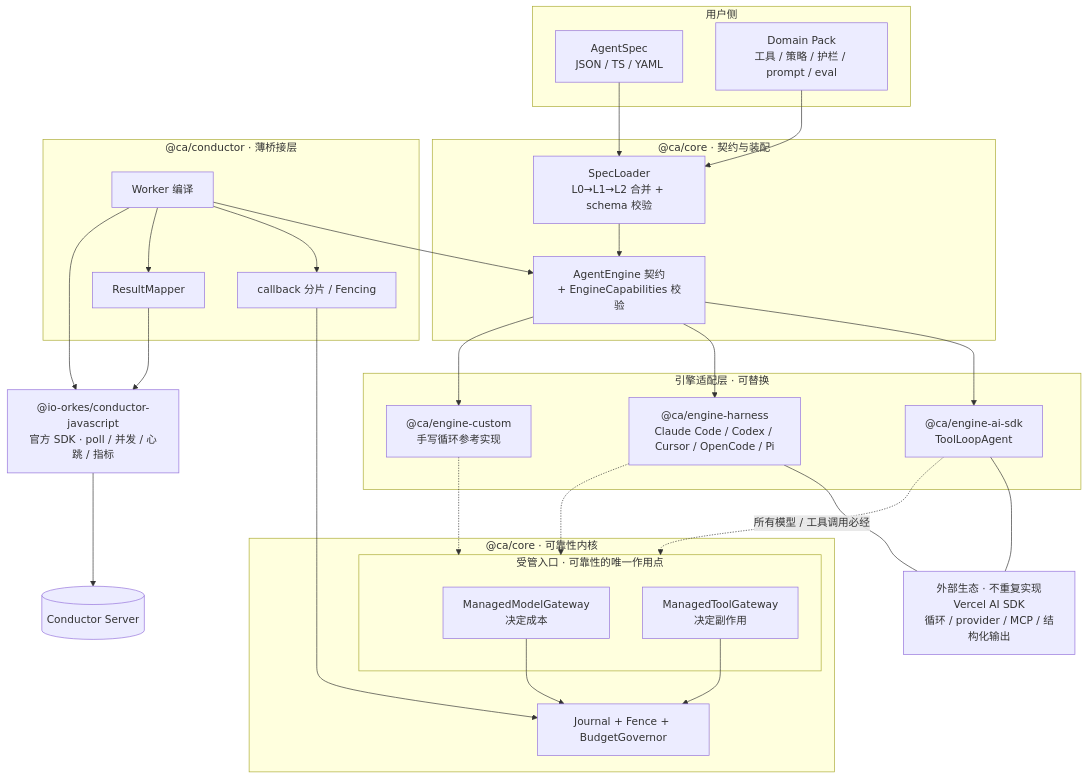
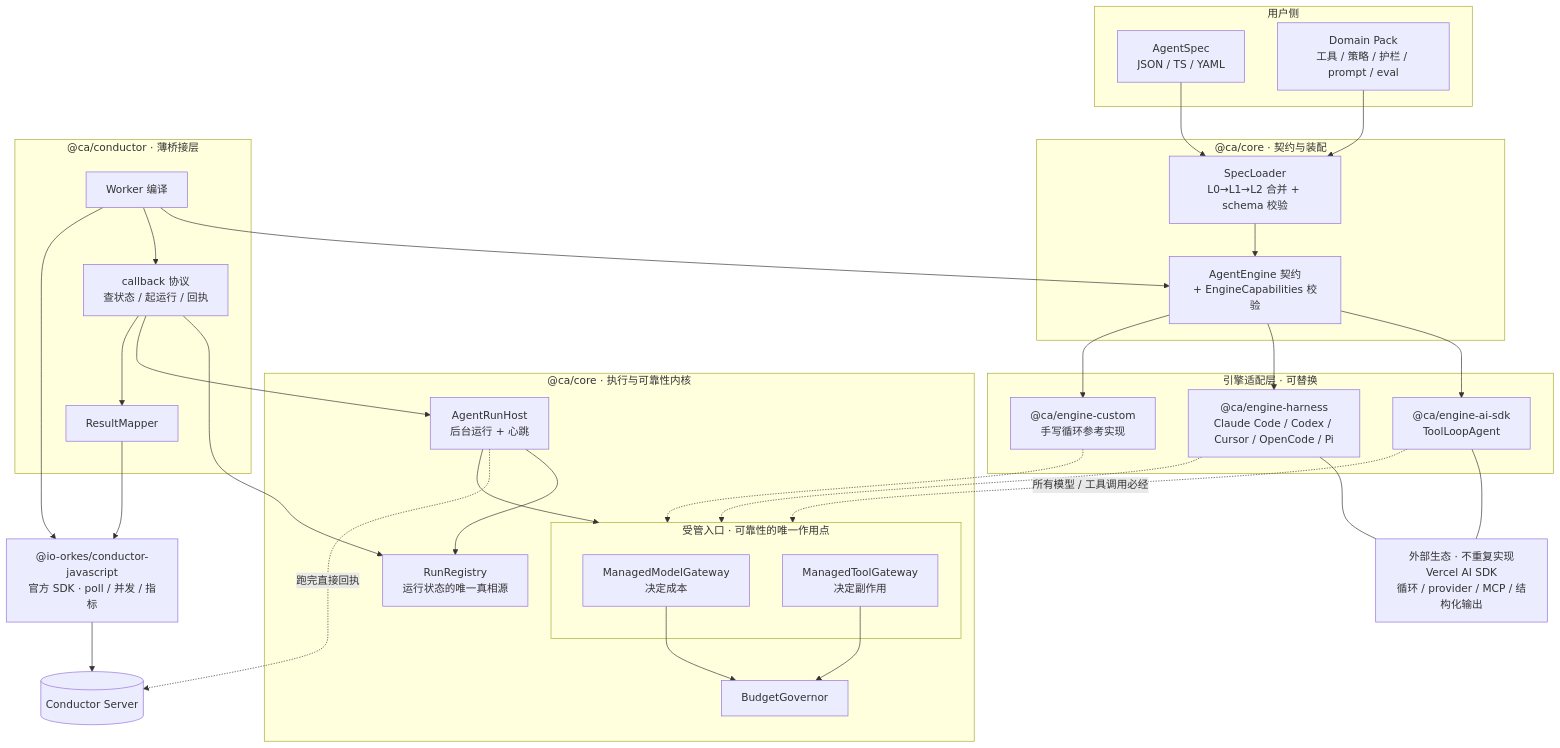
One commit to yiyisf/agent-worker changed the diagram in docs/architecture.md. Above: the diagram before and after it, drawn with Mermaid. The commit also changed other lines of this file and 72 other files, not shown here.

````diff
--- a/docs/architecture.md
+++ b/docs/architecture.md
@@ -145,62 +202,68 @@
 ```mermaid
 graph TB
   subgraph U["用户侧"]
     SPEC["AgentSpec<br/>JSON / TS / YAML"]
     PACK["Domain Pack<br/>工具 / 策略 / 护栏 / prompt / eval"]
   end
 
   subgraph C1["@ca/core · 契约与装配"]
     SL["SpecLoader<br/>L0→L1→L2 合并 + schema 校验"]
     EC["AgentEngine 契约<br/>+ EngineCapabilities 校验"]
   end
 
   subgraph ENG["引擎适配层 · 可替换"]
     E1["@ca/engine-ai-sdk<br/>ToolLoopAgent"]
     E2["@ca/engine-harness<br/>Claude Code / Codex / Cursor / OpenCode / Pi"]
     E3["@ca/engine-custom<br/>手写循环参考实现"]
   end
 
   EXT["外部生态 · 不重复实现<br/>Vercel AI SDK<br/>循环 / provider / MCP / 结构化输出"]
 
-  subgraph C2["@ca/core · 可靠性内核"]
+  subgraph C2["@ca/core · 执行与可靠性内核"]
     subgraph GW["受管入口 · 可靠性的唯一作用点"]
       MG["ManagedModelGateway<br/>决定成本"]
       TG["ManagedToolGateway<br/>决定副作用"]
     end
-    JN["Journal + Fence + BudgetGovernor"]
+    HOST["AgentRunHost<br/>后台运行 + 心跳"]
+    REG["RunRegistry<br/>运行状态的唯一真相源"]
+    BG["BudgetGovernor"]
   end
 
   subgraph BR["@ca/conductor · 薄桥接层"]
     CP["Worker 编译"]
-    LS["callback 分片 / Fencing"]
+    CB["callback 协议<br/>查状态 / 起运行 / 回执"]
     RM["ResultMapper"]
   end
 
-  OFF["@io-orkes/conductor-javascript<br/>官方 SDK · poll / 并发 / 心跳 / 指标"]
+  OFF["@io-orkes/conductor-javascript<br/>官方 SDK · poll / 并发 / 指标"]
   CD[("Conductor Server")]
 
   SPEC --> SL
   PACK --> SL
   SL --> EC
   EC --> E1
   EC --> E2
   EC --> E3
 
   E1 --- EXT
   E2 --- EXT
 
   E1 -. "所有模型 / 工具调用必经" .-> GW
   E2 -.-> GW
   E3 -.-> GW
 
-  MG --> JN
-  TG --> JN
+  MG --> BG
+  TG --> BG
+  HOST --> GW
+  HOST --> REG
 
   CP --> EC
-  CP --> LS
-  CP --> RM
-  LS --> JN
+  CP --> CB
+  CB --> REG
+  CB --> HOST
+  CB --> RM
   RM --> OFF
   CP --> OFF
   OFF --> CD
+  HOST -. "跑完直接回执" .-> CD
 ```
````
